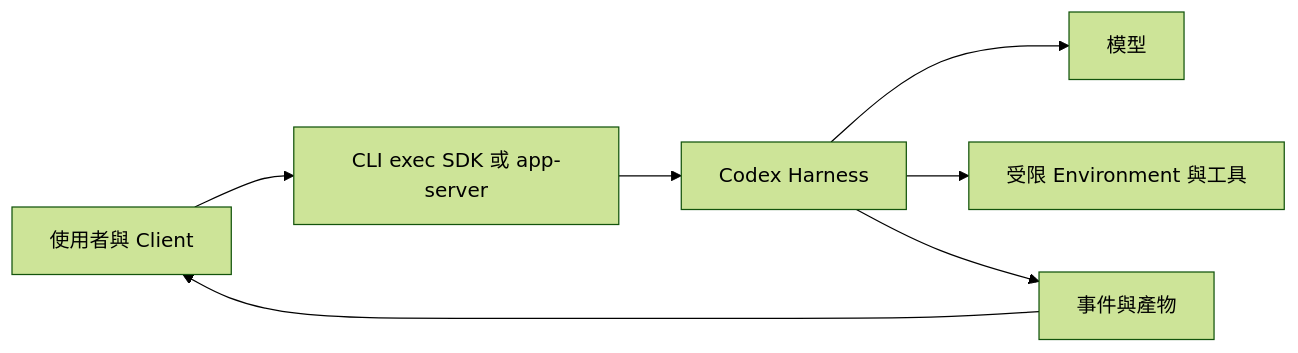
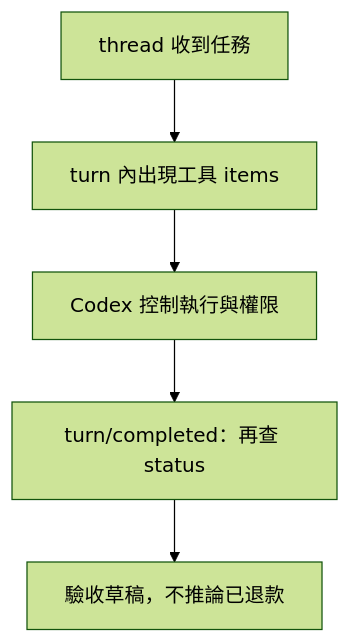
The diagram in chapters/codex-runtime/07-codex-runtime/lesson.md (easyvibecoding/Agent-Engineering), drawn with Mermaid (forest theme) before and after one commit. The commit also changed other lines of this file and 139 other files, not shown here.

````diff
--- a/chapters/codex-runtime/07-codex-runtime/lesson.md
+++ b/chapters/codex-runtime/07-codex-runtime/lesson.md
@@ -37,9 +64,12 @@
 ```mermaid
-flowchart LR
-  U["使用者與 Client"] --> X["CLI exec SDK 或 app-server"]
-  X --> H["Codex Harness"]
-  H --> M["模型"]
-  H --> E["受限 Environment 與工具"]
-  H --> R["事件與產物"]
-  R --> U
+flowchart TD
+    A["thread 收到任務"]
+    B["turn 內出現工具 items"]
+    C["Codex 控制執行與權限"]
+    D["turn/completed：再查 status"]
+    E["驗收草稿，不推論已退款"]
+    A --> B
+    B --> C
+    C --> D
+    D --> E
 ```
````
